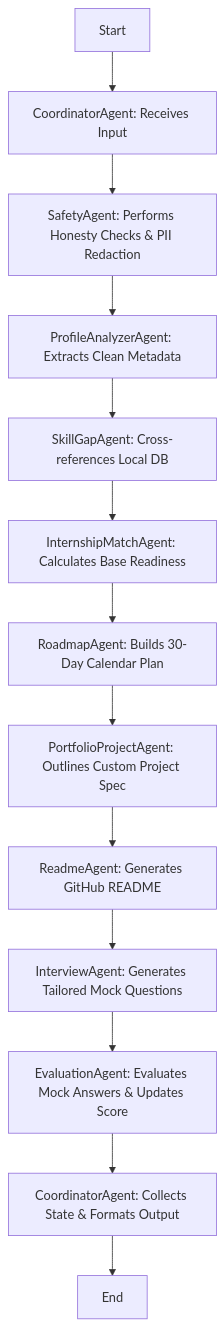
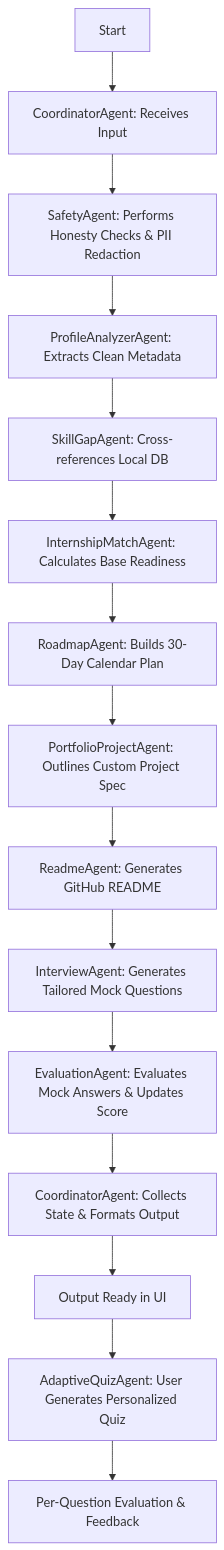
The diagram in docs/architecture.md (divyadharshini-cg/skillbridge-ai-agent), drawn with Mermaid before and after one commit. The commit also changed other lines of this file and 6 other files, not shown here.

Commit message:
feat: add adaptive interview quiz engine

````diff
--- a/docs/architecture.md
+++ b/docs/architecture.md
@@ -22,15 +22,17 @@
 ```mermaid
 graph TD
     A[Start] --> B[CoordinatorAgent: Receives Input]
     B --> C[SafetyAgent: Performs Honesty Checks & PII Redaction]
     C --> D[ProfileAnalyzerAgent: Extracts Clean Metadata]
     D --> E[SkillGapAgent: Cross-references Local DB]
     E --> F[InternshipMatchAgent: Calculates Base Readiness]
     F --> G[RoadmapAgent: Builds 30-Day Calendar Plan]
     G --> H[PortfolioProjectAgent: Outlines Custom Project Spec]
     H --> I[ReadmeAgent: Generates GitHub README]
     I --> J[InterviewAgent: Generates Tailored Mock Questions]
     J --> K[EvaluationAgent: Evaluates Mock Answers & Updates Score]
     K --> L[CoordinatorAgent: Collects State & Formats Output]
-    L --> M[End]
+    L --> M[Output Ready in UI]
+    M --> N[AdaptiveQuizAgent: User Generates Personalized Quiz]
+    N --> O[Per-Question Evaluation & Feedback]
 ```
````
